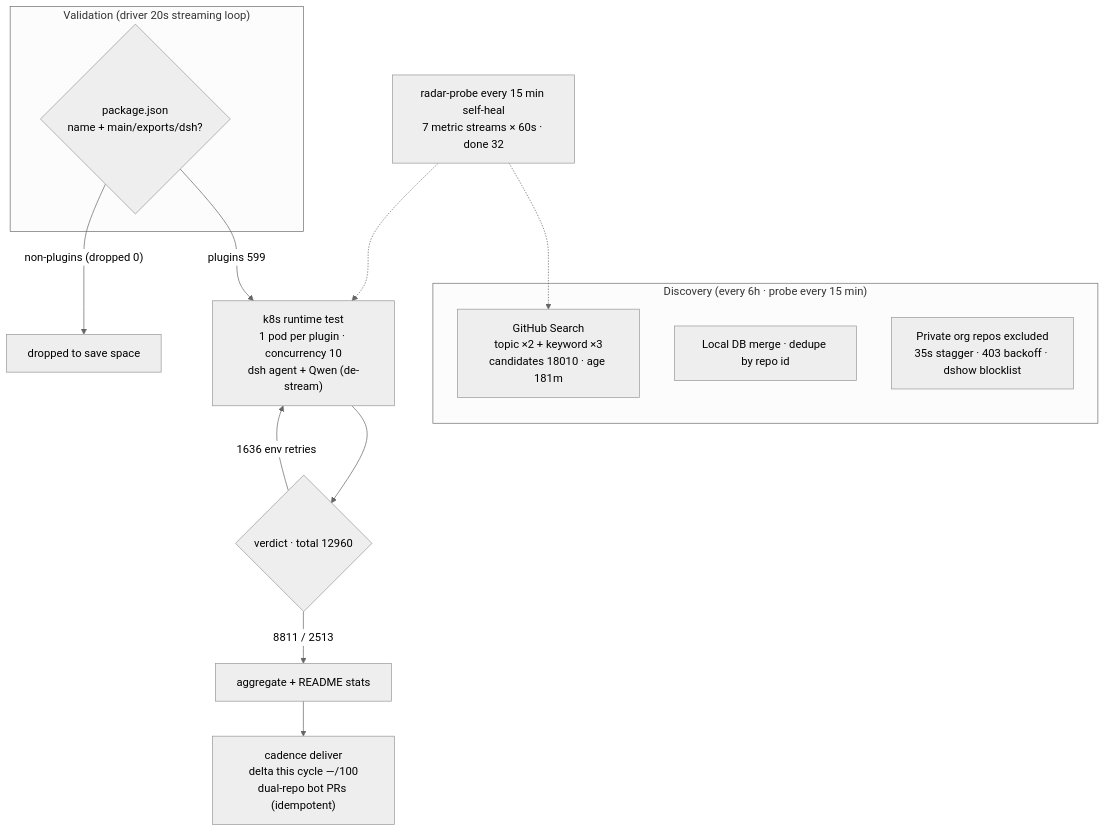
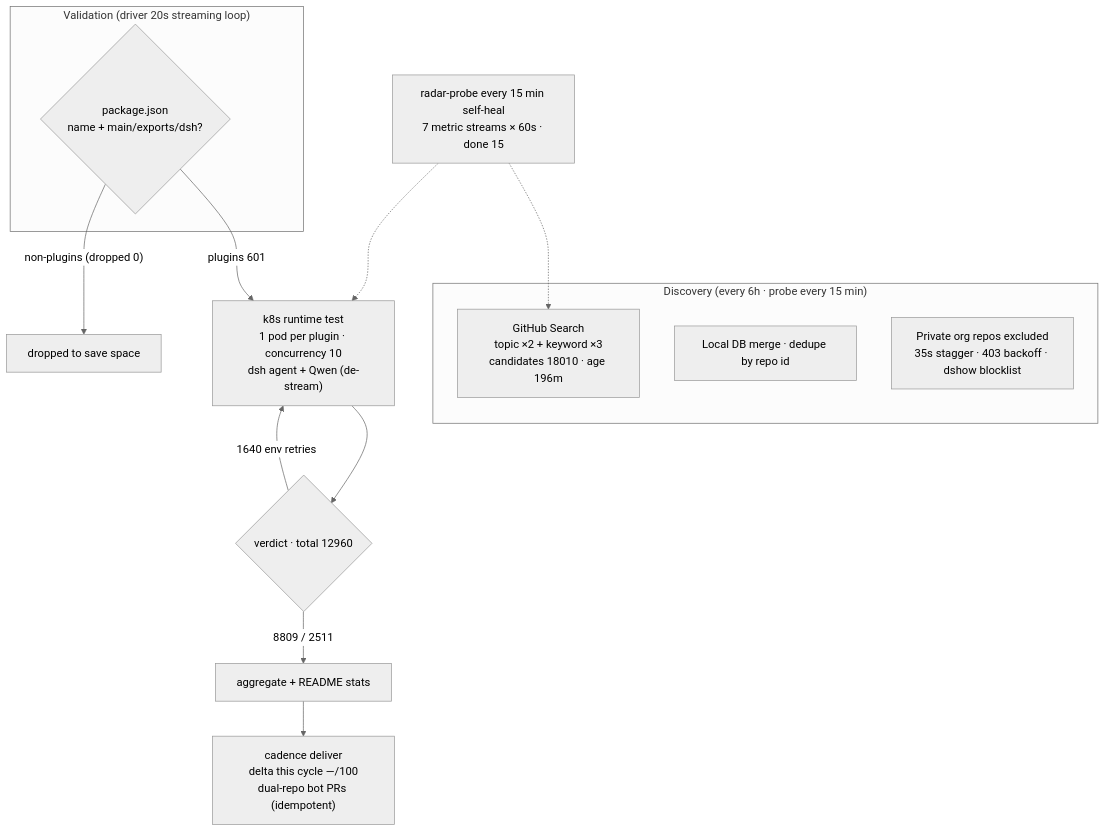
The diagram in README.en-US.md (AdamPlatin123/awesome-dsh-plugins), drawn with Mermaid (neutral theme) before and after one commit. The commit also changed other lines of this file and 5 other files, not shown here.

````diff
--- a/README.en-US.md
+++ b/README.en-US.md
@@ -45,20 +45,20 @@
 ```mermaid
 flowchart TB
     subgraph Discovery["Discovery (every 6h · probe every 15 min)"]
-        A1["GitHub Search<br/>topic ×2 + keyword ×3<br/>candidates 18010 · age 181m"]
+        A1["GitHub Search<br/>topic ×2 + keyword ×3<br/>candidates 18010 · age 196m"]
         A2["Local DB merge · dedupe by repo id"]
         A3["Private org repos excluded<br/>35s stagger · 403 backoff · dshow blocklist"]
     end
     subgraph Validation["Validation (driver 20s streaming loop)"]
         B1{"package.json<br/>name + main/exports/dsh?"}
     end
-    B1 -->|"plugins 599"| C1["k8s runtime test<br/>1 pod per plugin · concurrency 10<br/>dsh agent + Qwen (de-stream)"]
+    B1 -->|"plugins 601"| C1["k8s runtime test<br/>1 pod per plugin · concurrency 10<br/>dsh agent + Qwen (de-stream)"]
     B1 -->|"non-plugins (dropped 0)"| B3["dropped to save space"]
     C1 --> D1{"verdict · total 12960"}
-    D1 -->|"8811 / 2513"| E1["aggregate + README stats"]
-    D1 -->|"1636 env retries"| C1
+    D1 -->|"8809 / 2511"| E1["aggregate + README stats"]
+    D1 -->|"1640 env retries"| C1
     E1 --> E2["cadence deliver<br/>delta this cycle —/100<br/>dual-repo bot PRs (idempotent)"]
-    M["radar-probe every 15 min self-heal<br/>7 metric streams × 60s · done 32"]
+    M["radar-probe every 15 min self-heal<br/>7 metric streams × 60s · done 15"]
     M -.-> A1
     M -.-> C1
 ```
````
